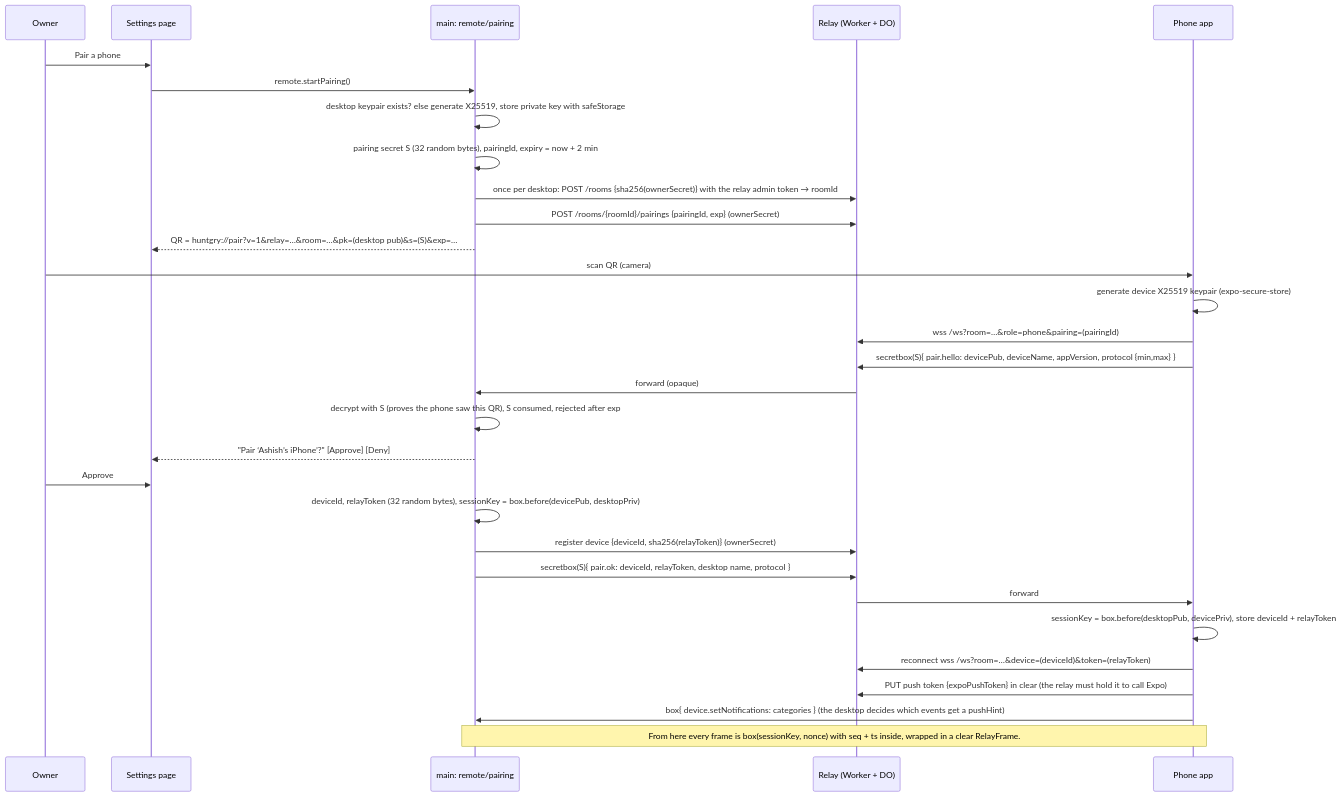
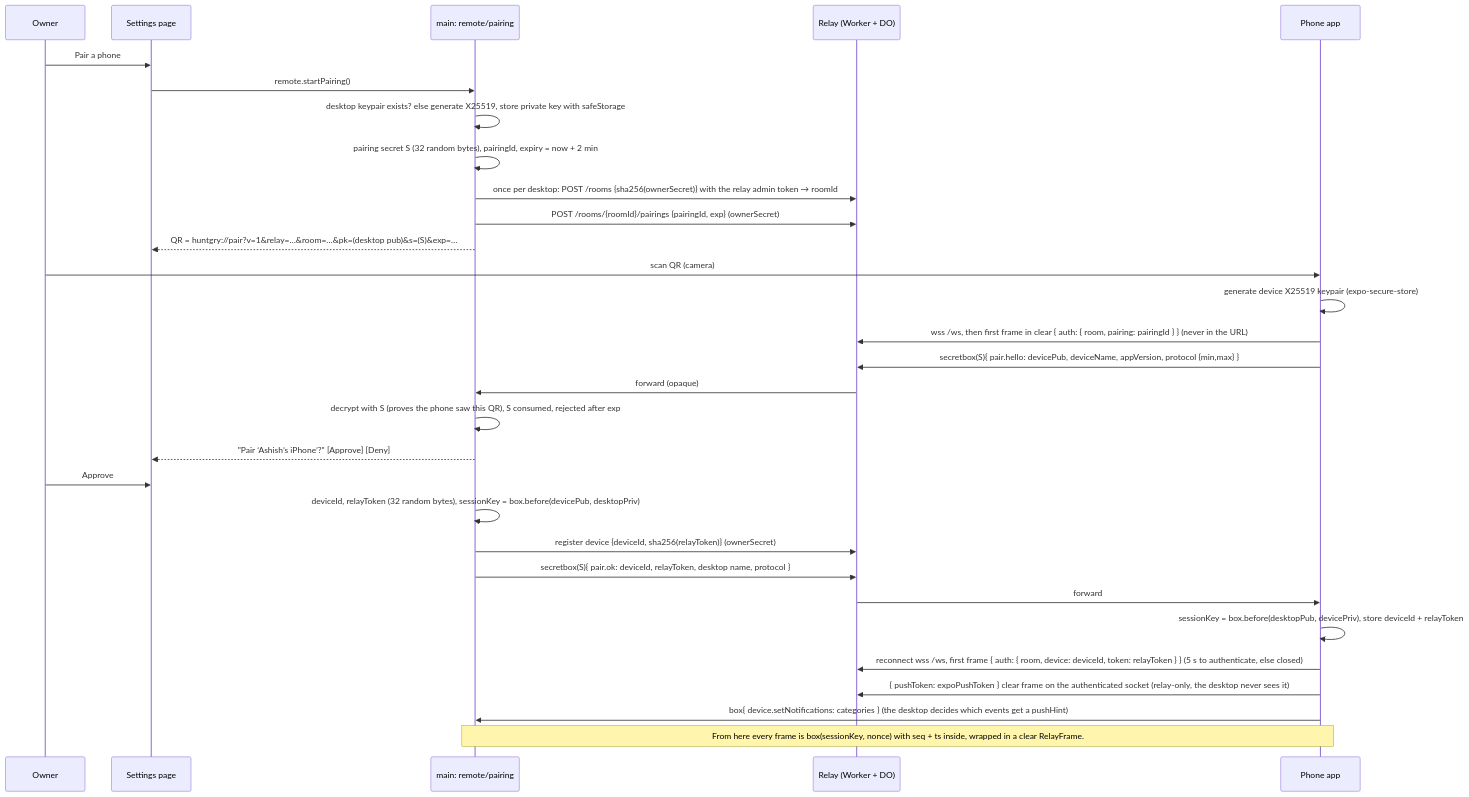
One commit to silentashish/huntgry changed the second of 3 diagrams in docs/adr/0001-mobile-remote-control-relay.md. Above: the diagram before and after it, drawn with Mermaid. The commit also changed other lines of this file, not shown here.

First line of the commit message:
docs(adr): move relay credentials out of URLs, require TLS, persist ownerSecret, one push-token path

````diff
--- a/docs/adr/0001-mobile-remote-control-relay.md
+++ b/docs/adr/0001-mobile-remote-control-relay.md
@@ -179,32 +179,32 @@
 ```mermaid
 sequenceDiagram
     participant U as Owner
     participant S as Settings page
     participant G as main: remote/pairing
     participant R as Relay (Worker + DO)
     participant P as Phone app
     U->>S: Pair a phone
     S->>G: remote.startPairing()
     G->>G: desktop keypair exists? else generate X25519, store private key with safeStorage
     G->>G: pairing secret S (32 random bytes), pairingId, expiry = now + 2 min
     G->>R: once per desktop: POST /rooms {sha256(ownerSecret)} with the relay admin token → roomId
     G->>R: POST /rooms/{roomId}/pairings {pairingId, exp} (ownerSecret)
     G-->>S: QR = huntgry://pair?v=1&relay=…&room=…&pk=(desktop pub)&s=(S)&exp=…
     U->>P: scan QR (camera)
     P->>P: generate device X25519 keypair (expo-secure-store)
-    P->>R: wss /ws?room=…&role=phone&pairing=(pairingId)
+    P->>R: wss /ws, then first frame in clear { auth: { room, pairing: pairingId } } (never in the URL)
     P->>R: secretbox(S){ pair.hello: devicePub, deviceName, appVersion, protocol {min,max} }
     R->>G: forward (opaque)
     G->>G: decrypt with S (proves the phone saw this QR), S consumed, rejected after exp
     G-->>S: "Pair ‘Ashish’s iPhone’?" [Approve] [Deny]
     U->>S: Approve
     G->>G: deviceId, relayToken (32 random bytes), sessionKey = box.before(devicePub, desktopPriv)
     G->>R: register device {deviceId, sha256(relayToken)} (ownerSecret)
     G->>R: secretbox(S){ pair.ok: deviceId, relayToken, desktop name, protocol }
     R->>P: forward
     P->>P: sessionKey = box.before(desktopPub, devicePriv), store deviceId + relayToken
-    P->>R: reconnect wss /ws?room=…&device=(deviceId)&token=(relayToken)
-    P->>R: PUT push token {expoPushToken} in clear (the relay must hold it to call Expo)
+    P->>R: reconnect wss /ws, first frame { auth: { room, device: deviceId, token: relayToken } } (5 s to authenticate, else closed)
+    P->>R: { pushToken: expoPushToken } clear frame on the authenticated socket (relay-only, the desktop never sees it)
     P->>G: box{ device.setNotifications: categories } (the desktop decides which events get a pushHint)
     Note over G,P: From here every frame is box(sessionKey, nonce) with seq + ts inside, wrapped in a clear RelayFrame.
 ```
````
